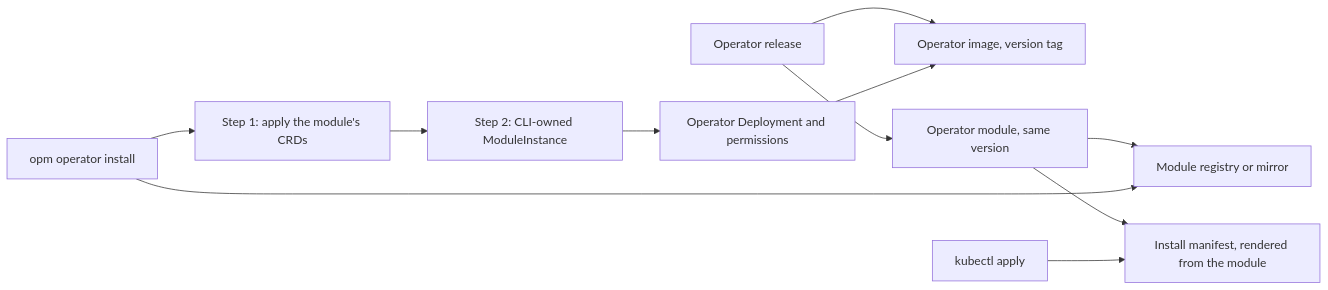
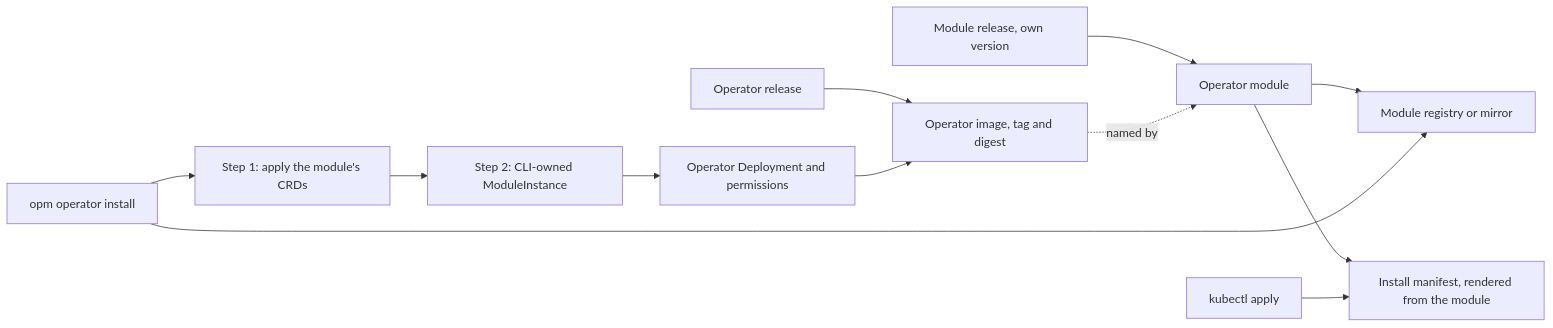
Before and after one commit to open-platform-model/enhancements: the diagram in 0028/README.md, drawn with Mermaid. The commit also changed other lines of this file and 4 other files, not shown here.

````diff
--- a/0028/README.md
+++ b/0028/README.md
@@ -30,13 +30,14 @@
 ```mermaid
 flowchart LR
-    rel["Operator release"] --> img["Operator image, version tag"]
-    rel --> mod["Operator module, same version"]
+    orel["Operator release"] --> img["Operator image, tag and digest"]
+    mrel["Module release, own version"] --> mod["Operator module"]
+    img -. named by .-> mod
     mod --> man["Install manifest, rendered from the module"]
     mod --> reg["Module registry or mirror"]
     cli["opm operator install"] --> reg
     cli --> step1["Step 1: apply the module's CRDs"]
     step1 --> step2["Step 2: CLI-owned ModuleInstance"]
     step2 --> run["Operator Deployment and permissions"]
     run --> img
     kc["kubectl apply"] --> man
 ```
````
